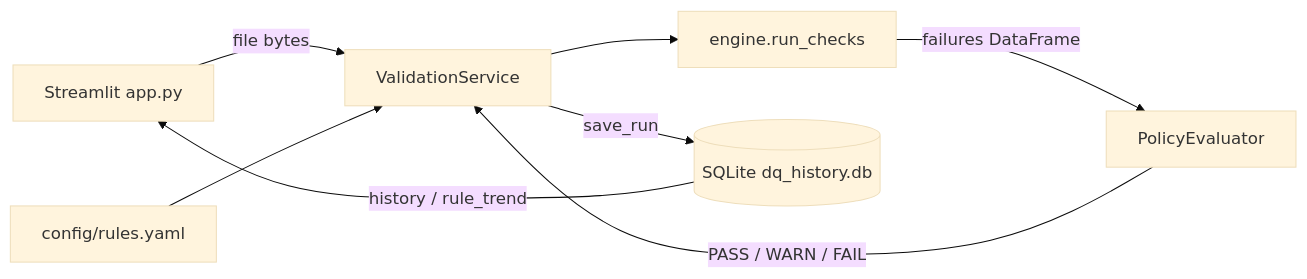
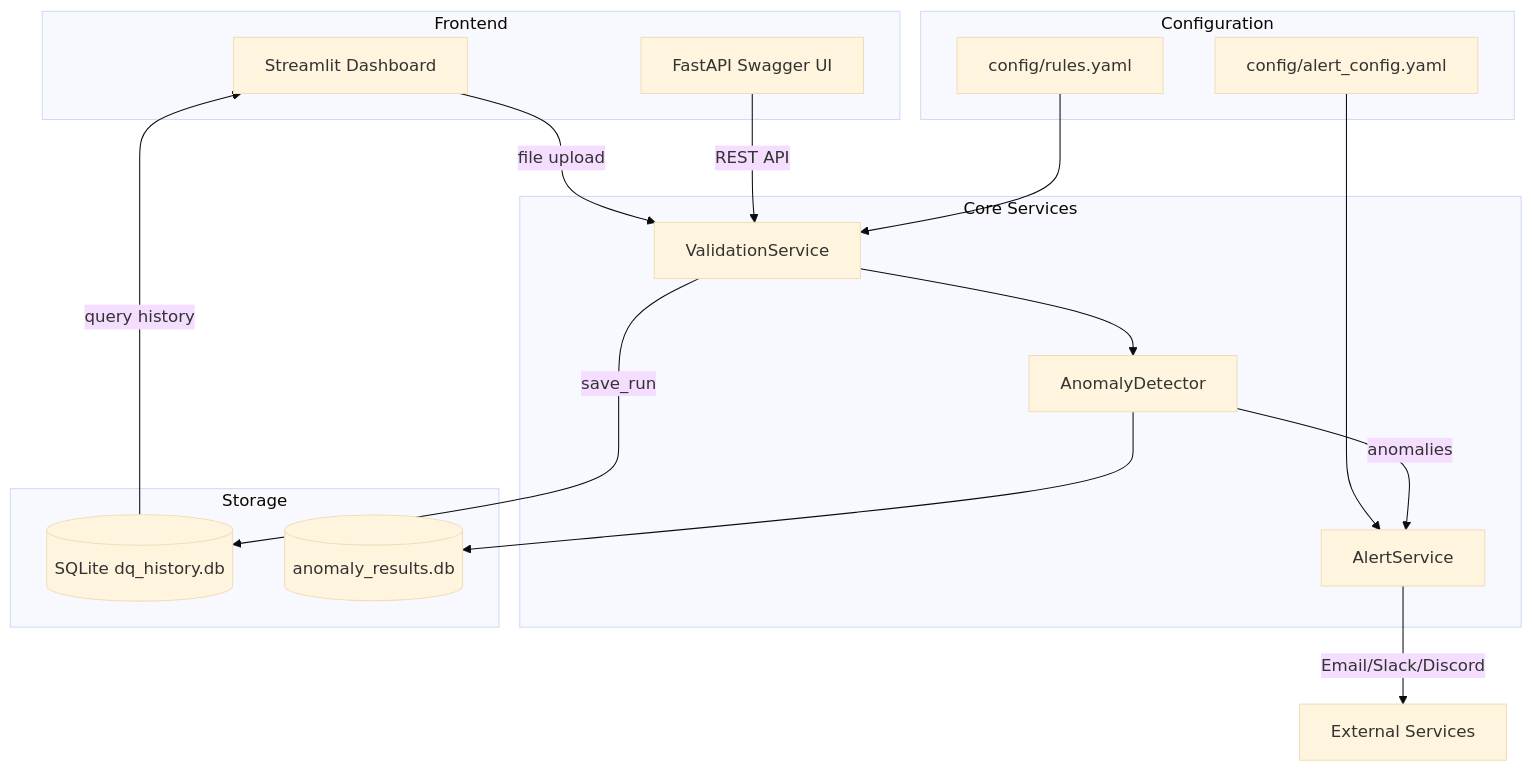
One commit to chin6112/Senior-project changed the first of 5 diagrams in docs/diagrams.md. Above: the diagram before and after it, drawn with Mermaid (base theme). The commit also changed other lines of this file and 4 other files, not shown here.

````diff
--- a/docs/diagrams.md
+++ b/docs/diagrams.md
@@ -5,10 +5,34 @@
 ```mermaid
-flowchart LR
-    UI[Streamlit app.py] -->|file bytes| SVC[ValidationService]
-    CFG[config/rules.yaml] --> SVC
-    SVC --> ENG[engine.run_checks]
-    ENG -->|failures DataFrame| POL[PolicyEvaluator]
-    POL -->|PASS / WARN / FAIL| SVC
-    SVC -->|save_run| STORE[(SQLite dq_history.db)]
-    STORE -->|history / rule_trend| UI
+flowchart TD
+    subgraph "Frontend"
+        UI[Streamlit Dashboard]
+        API[FastAPI Swagger UI]
+    end
+    
+    subgraph "Core Services"
+        SVC[ValidationService]
+        ANOMALY[AnomalyDetector]
+        ALERT[AlertService]
+    end
+    
+    subgraph "Configuration"
+        CFG[config/rules.yaml]
+        ALERTCFG[config/alert_config.yaml]
+    end
+    
+    subgraph "Storage"
+        DB[(SQLite dq_history.db)]
+        ANOMALY_DB[(anomaly_results.db)]
+    end
+    
+    UI -->|file upload| SVC
+    API -->|REST API| SVC
+    CFG --> SVC
+    SVC --> ANOMALY
+    ANOMALY --> ANOMALY_DB
+    ALERTCFG --> ALERT
+    ANOMALY -->|anomalies| ALERT
+    SVC -->|save_run| DB
+    DB -->|query history| UI
+    ALERT -->|Email/Slack/Discord| Email[External Services]
 ```
````
